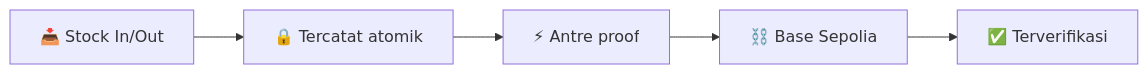
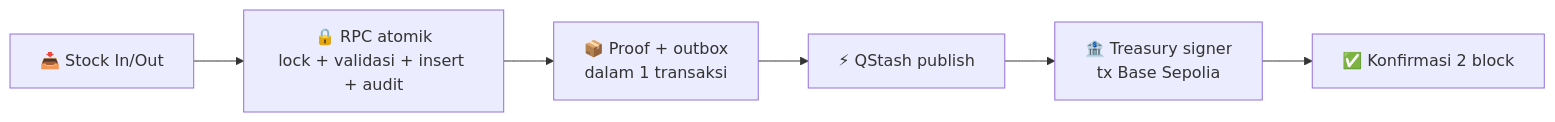
The first of 3 diagrams in README.md (hmwwans12-cpu/Chainventory), drawn with Mermaid before and after one commit. The commit also changed other lines of this file, not shown here.

````diff
--- a/README.md
+++ b/README.md
@@ -62,4 +67,8 @@
 ```mermaid
 flowchart LR
-    A[📥 Stock In/Out] --> B[🔒 Tercatat atomik] --> C[⚡ Antre proof] --> D[⛓️ Base Sepolia] --> E[✅ Terverifikasi]
+    A[📥 Stock In/Out] --> B[🔒 RPC atomik<br/>lock + validasi + insert + audit]
+    B --> C[📦 Proof + outbox<br/>dalam 1 transaksi]
+    C --> D[⚡ QStash publish]
+    D --> E[🏦 Treasury signer<br/>tx Base Sepolia]
+    E --> F[✅ Konfirmasi 2 block]
 ```
````
